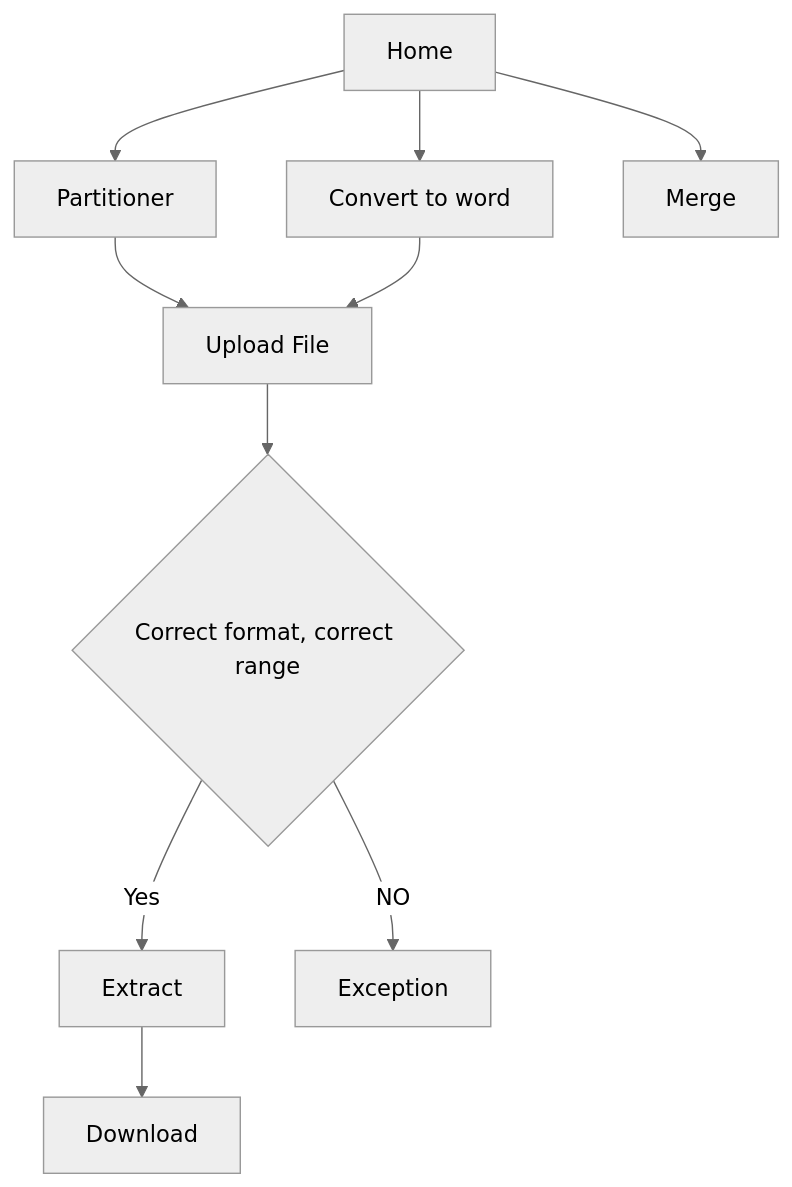
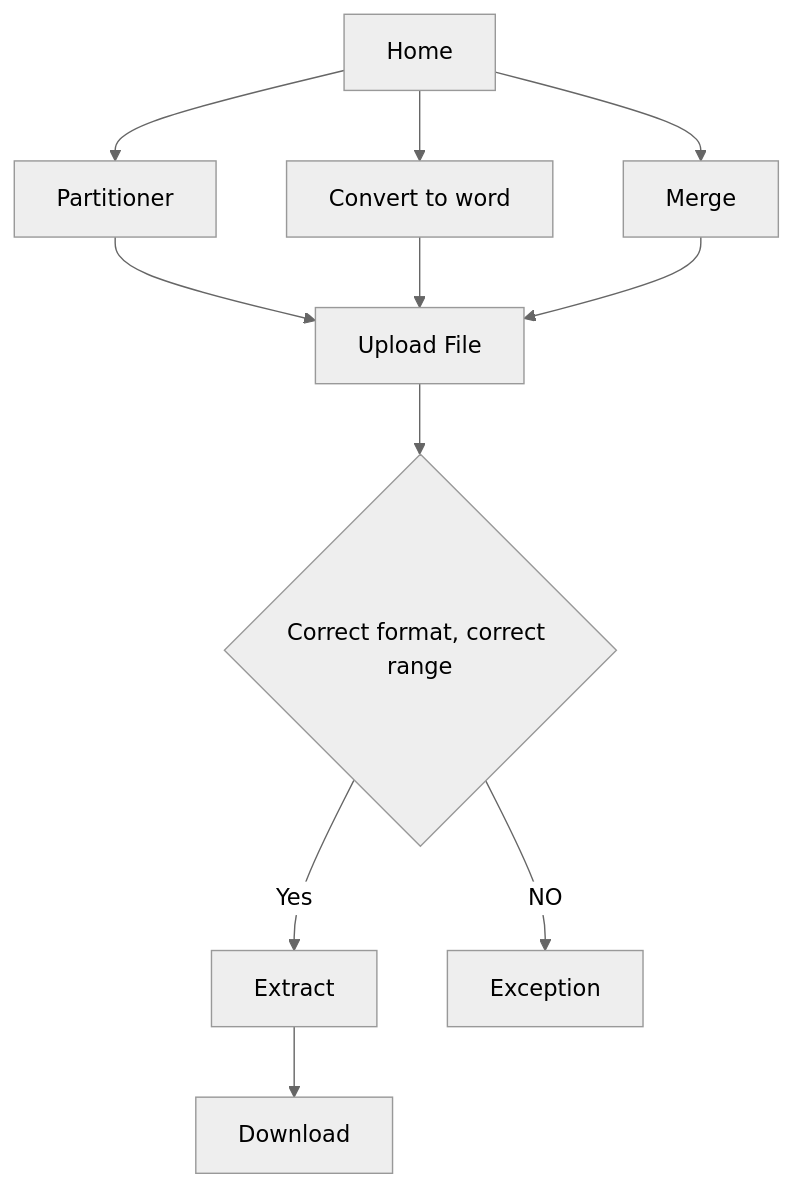
One commit to Bibhash7/PDF-Partitioner changed the diagram in README.md. Above: the diagram before and after it, drawn with Mermaid (neutral theme).

````diff
--- a/README.md
+++ b/README.md
@@ -15,12 +15,13 @@
 ``` mermaid
 graph TD;
 A[Home]-->P[Partitioner];
 A-->W[Convert to word];
 A-->M[Merge];
 P-->U[Upload File];
 U-->CON{Correct format, correct range}
 CON--Yes--> CVT[Extract]
 CVT-->DNLD[Download]
 CON--NO--> NCVT[Exception]
-W-->U    
+W-->U
+M-->U    
 ```
````
